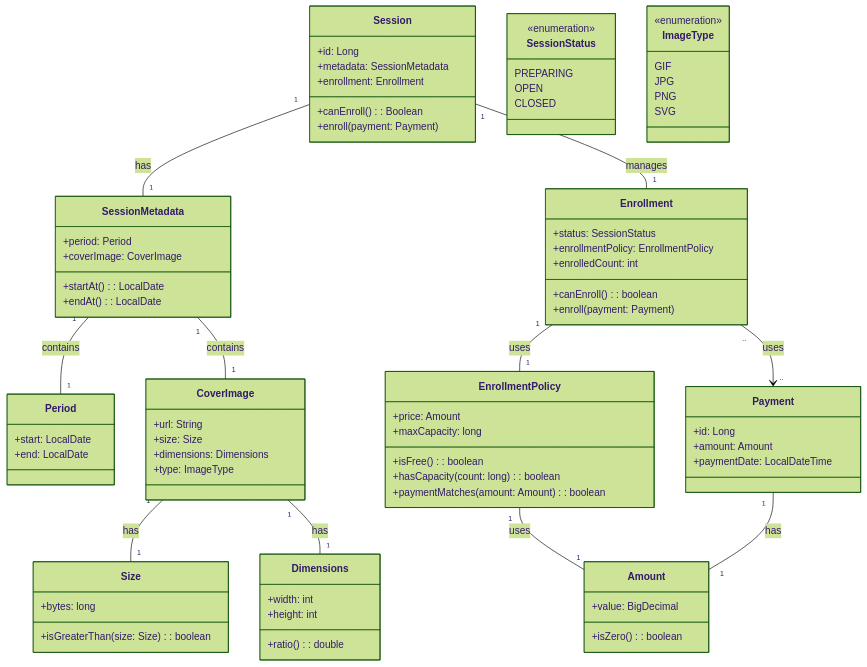
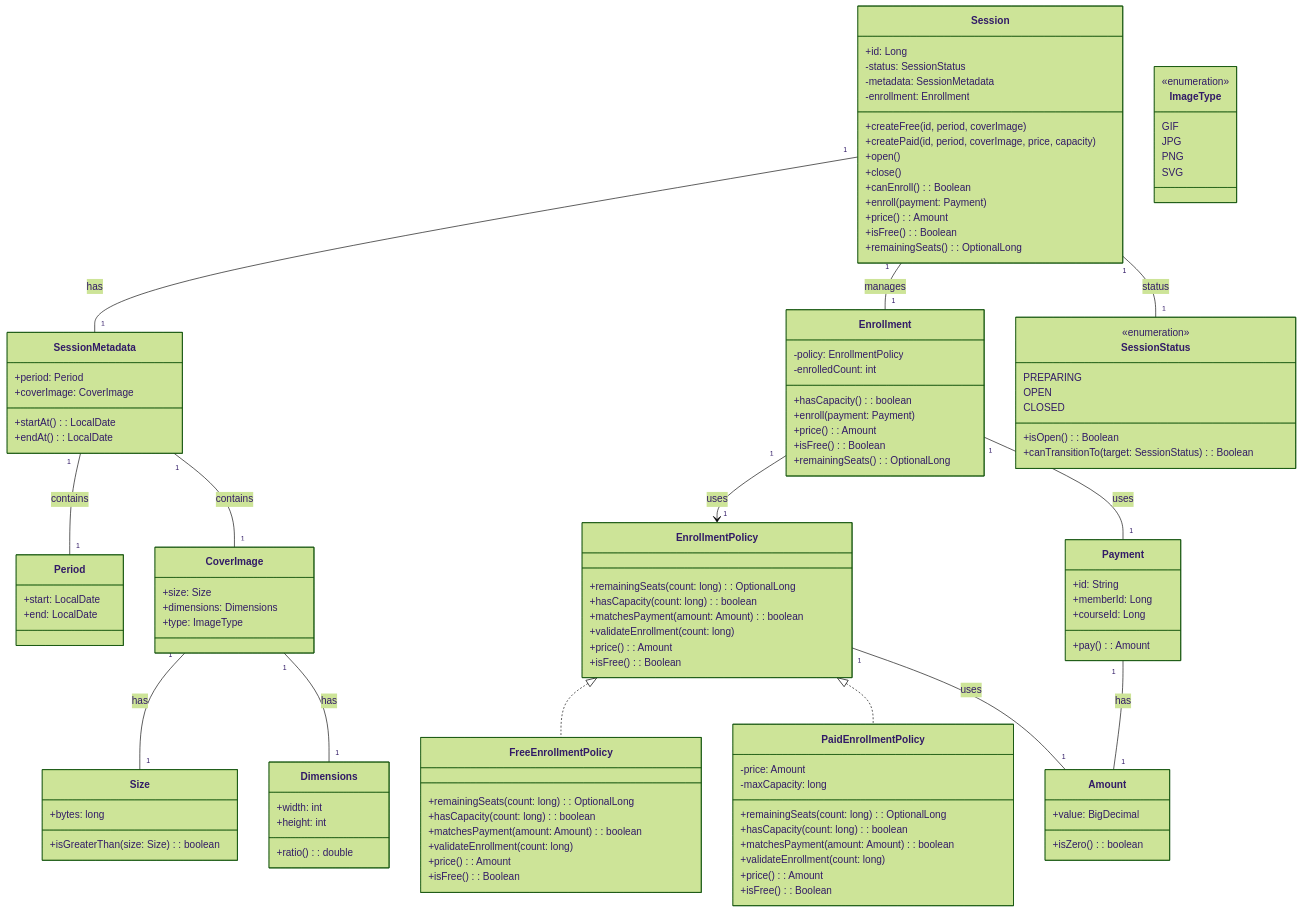
One commit to kay019/java-lms changed the diagram in src/main/java/객체구조.md. Above: the diagram before and after it, drawn with Mermaid (forest theme). The commit also changed 21 other files, not shown here.

````diff
--- a/src/main/java/객체구조.md
+++ b/src/main/java/객체구조.md
@@ -4,10 +4,18 @@
 %% ================= Aggregate Root =================
 class Session {
   +id: Long
-  +metadata: SessionMetadata
-  +enrollment: Enrollment
+  -status: SessionStatus
+  -metadata: SessionMetadata
+  -enrollment: Enrollment
+  +createFree(id, period, coverImage)
+  +createPaid(id, period, coverImage, price, capacity)
+  +open()
+  +close()
   +canEnroll(): Boolean
   +enroll(payment: Payment)
+  +price(): Amount
+  +isFree(): Boolean
+  +remainingSeats(): OptionalLong
 }
 
 %% ================= Metadata =================
@@ -24,7 +32,6 @@
 }
 
 class CoverImage {
-  +url: String
   +size: Size
   +dimensions: Dimensions
   +type: ImageType
@@ -41,21 +48,52 @@
   +ratio(): double
 }
 
-%% ================= Enrollment =================
+class ImageType {
+  <<enumeration>>
+  GIF
+  JPG
+  PNG
+  SVG
+}
+
+%% ================= Enrollment & Policy =================
 class Enrollment {
-  +status: SessionStatus
-  +enrollmentPolicy: EnrollmentPolicy
-  +enrolledCount: int
-  +canEnroll(): boolean
+  -policy: EnrollmentPolicy
+  -enrolledCount: int
+  +hasCapacity(): boolean
   +enroll(payment: Payment)
+  +price(): Amount
+  +isFree(): Boolean
+  +remainingSeats(): OptionalLong
 }
 
 class EnrollmentPolicy {
-  +price: Amount
-  +maxCapacity: long
-  +isFree(): boolean
+  +remainingSeats(count: long): OptionalLong
   +hasCapacity(count: long): boolean
-  +paymentMatches(amount: Amount): boolean
+  +matchesPayment(amount: Amount): boolean
+  +validateEnrollment(count: long)
+  +price(): Amount
+  +isFree(): Boolean
+}
+
+class FreeEnrollmentPolicy {
+  +remainingSeats(count: long): OptionalLong
+  +hasCapacity(count: long): boolean
+  +matchesPayment(amount: Amount): boolean
+  +validateEnrollment(count: long)
+  +price(): Amount
+  +isFree(): Boolean
+}
+
+class PaidEnrollmentPolicy {
+  -price: Amount
+  -maxCapacity: long
+  +remainingSeats(count: long): OptionalLong
+  +hasCapacity(count: long): boolean
+  +matchesPayment(amount: Amount): boolean
+  +validateEnrollment(count: long)
+  +price(): Amount
+  +isFree(): Boolean
 }
 
 class Amount {
@@ -64,25 +102,19 @@
 }
 
 class Payment {
-  +id: Long
-  +amount: Amount
-  +paymentDate: LocalDateTime
+  +id: String
+  +memberId: Long
+  +courseId: Long
+  +pay(): Amount
 }
 
-%% ================= Enumerations =================
 class SessionStatus {
   <<enumeration>>
   PREPARING
   OPEN
   CLOSED
-}
-
-class ImageType {
-  <<enumeration>>
-  GIF
-  JPG
-  PNG
-  SVG
+  +isOpen(): Boolean
+  +canTransitionTo(target: SessionStatus): Boolean
 }
 
 %% ================= Relationships =================
@@ -92,9 +124,11 @@
 SessionMetadata "1" -- "1" CoverImage : contains
 CoverImage "1" -- "1" Size : has
 CoverImage "1" -- "1" Dimensions : has
-Enrollment "1" -- "1" EnrollmentPolicy : uses
-Enrollment ".." --> ".." Payment : uses
+Enrollment "1" --> "1" EnrollmentPolicy : uses
+EnrollmentPolicy <|.. FreeEnrollmentPolicy
+EnrollmentPolicy <|.. PaidEnrollmentPolicy
+Enrollment "1" -- "1" Payment : uses
 EnrollmentPolicy "1" -- "1" Amount : uses
 Payment "1" -- "1" Amount : has
-
+Session "1" -- "1" SessionStatus : status
 ```
````
